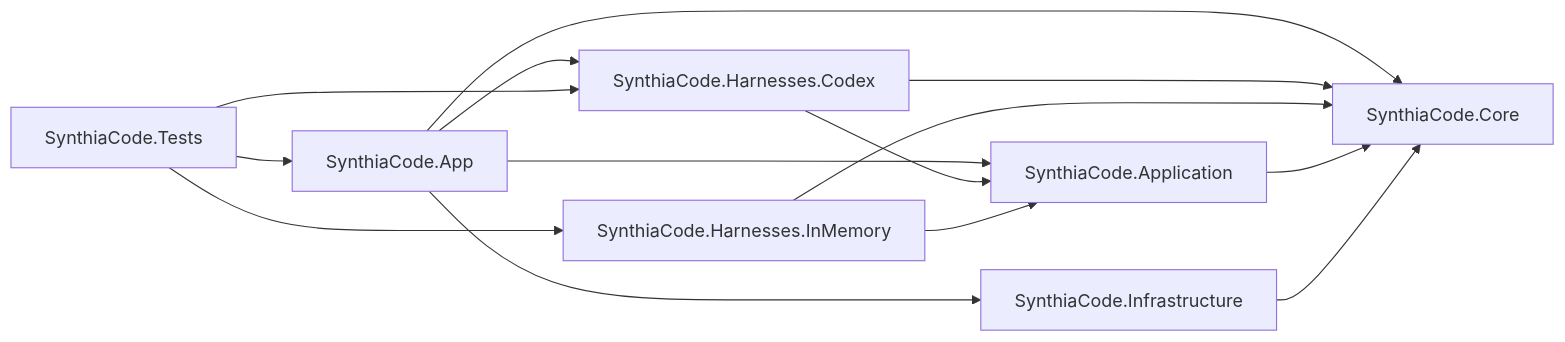
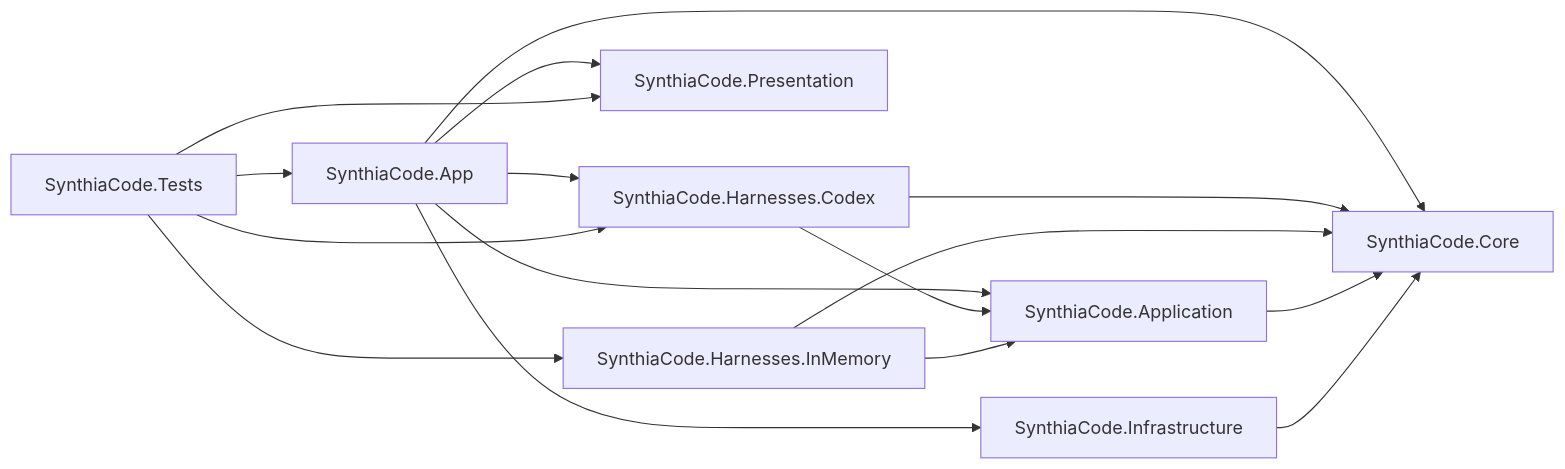
Before and after one commit to Scorpinaus/SynthiaCodex: the first of 4 diagrams in docs/current-architecture.md, drawn with Mermaid. The commit also changed other lines of this file and 49 other files, not shown here.

````diff
--- a/docs/current-architecture.md
+++ b/docs/current-architecture.md
@@ -25,16 +26,18 @@
 ```mermaid
 flowchart LR
     App["SynthiaCode.App"] --> Application["SynthiaCode.Application"]
     App --> CodexHarness["SynthiaCode.Harnesses.Codex"]
     App --> Infrastructure["SynthiaCode.Infrastructure"]
     App --> Core["SynthiaCode.Core"]
+    App --> Presentation["SynthiaCode.Presentation"]
     CodexHarness --> Application
     CodexHarness --> Core
     InMemory["SynthiaCode.Harnesses.InMemory"] --> Application
     InMemory --> Core
     Application --> Core
     Infrastructure --> Core
     Tests["SynthiaCode.Tests"] --> App
+    Tests --> Presentation
     Tests --> InMemory
     Tests --> CodexHarness
 ```
````
